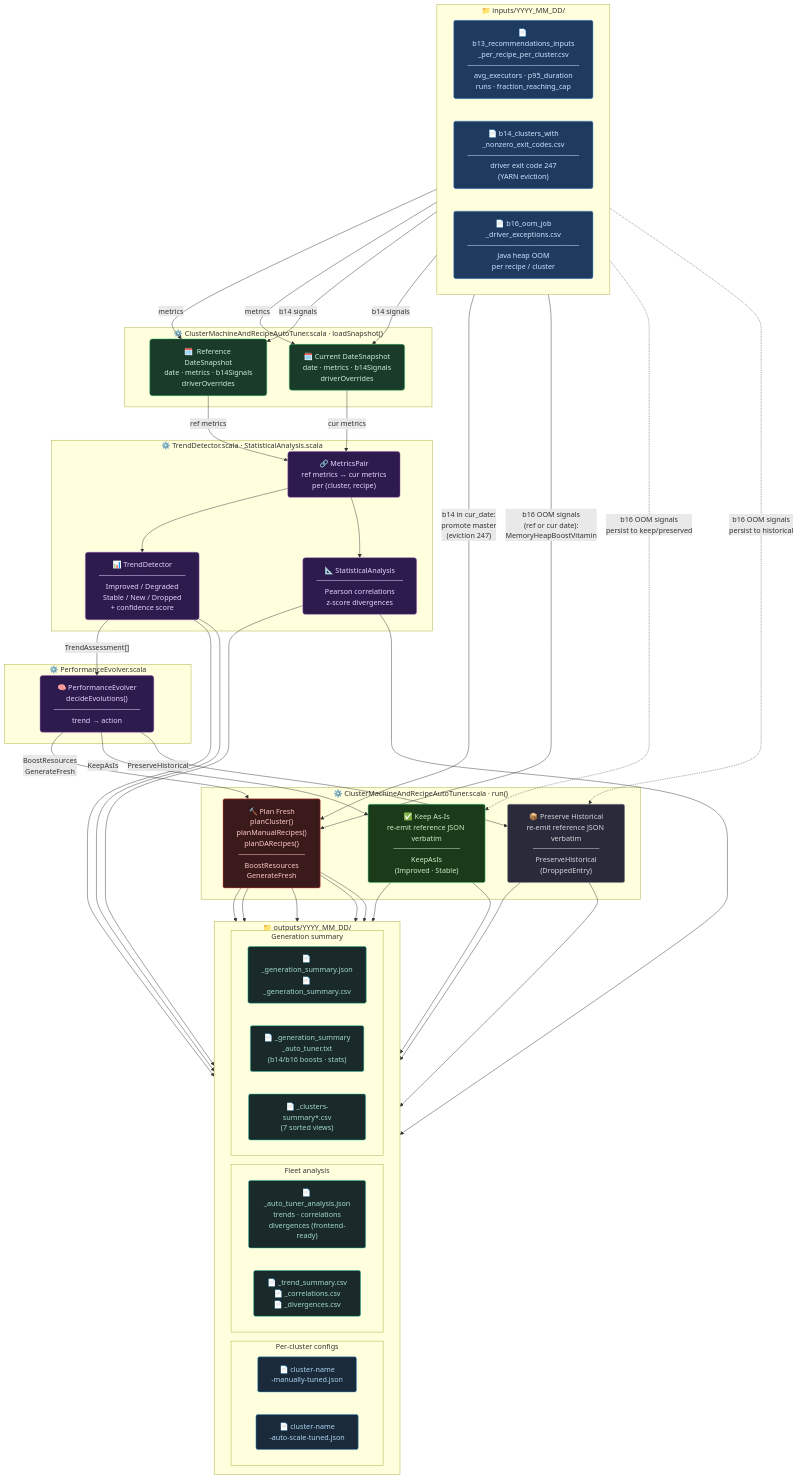
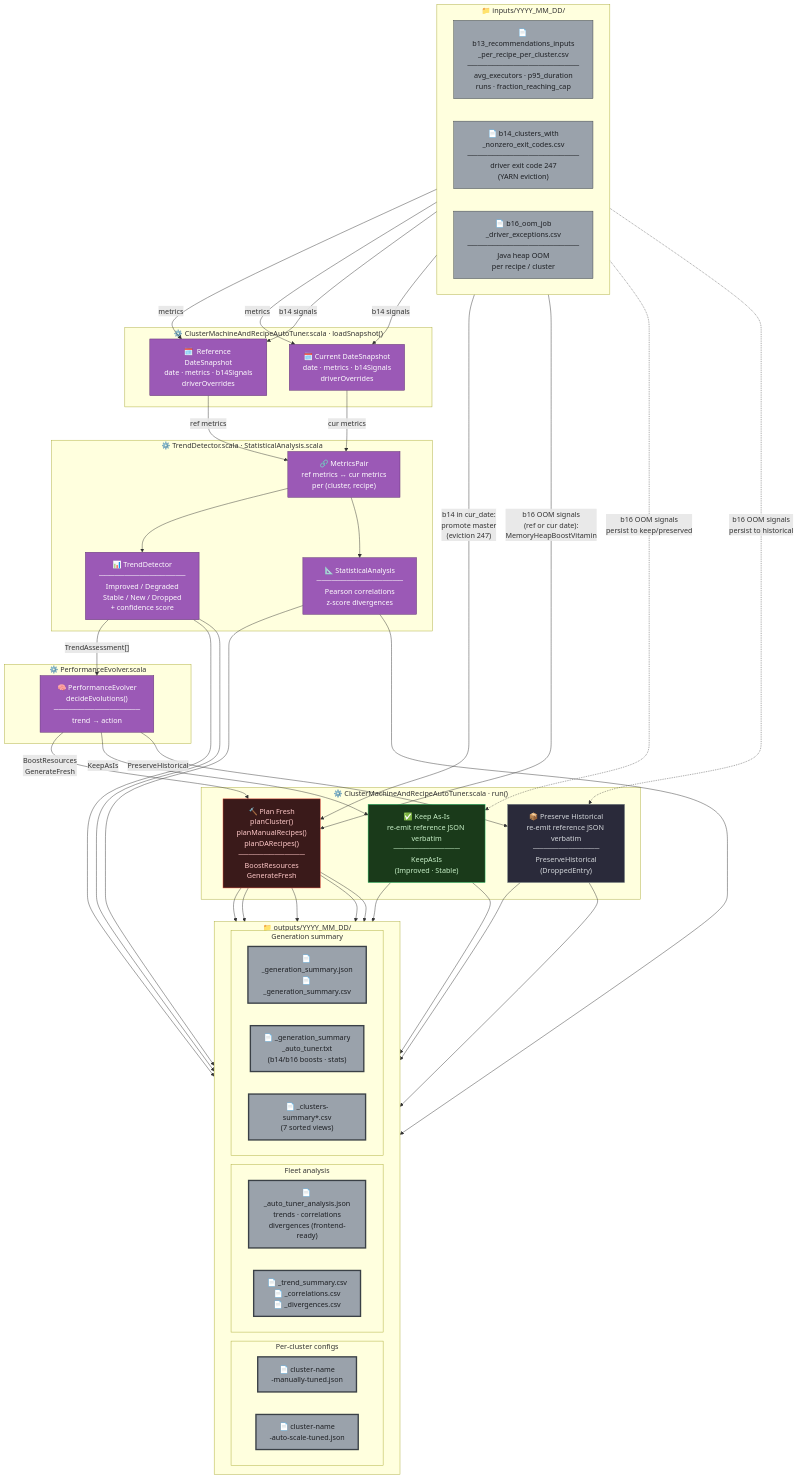
Before and after one commit to albertols/spark-cluster-job-tuner: the diagram in src/main/scala/com/db/serna/orchestration/cluster_tuning/auto/_AUTO_TUNING.md, drawn with Mermaid. The commit also changed 29 other files, not shown here.

````diff
--- a/src/main/scala/com/db/serna/orchestration/cluster_tuning/auto/_AUTO_TUNING.md
+++ b/src/main/scala/com/db/serna/orchestration/cluster_tuning/auto/_AUTO_TUNING.md
@@ -30,17 +30,14 @@
 ```mermaid
 flowchart TD
-    %% ── Styles ────────────────────────────────────────────────────────────────
-    classDef csvFile    fill:#1e3a5f,stroke:#4a90d9,color:#cce5ff,rx:4
-    classDef scalaObj   fill:#2d1b4e,stroke:#9b59b6,color:#e8d5ff,rx:6
-    classDef snapshot   fill:#1a3a2a,stroke:#27ae60,color:#c8f0d8,rx:6
-    classDef decision   fill:#4a2800,stroke:#e67e22,color:#ffe5b4,rx:6
-    classDef actionGood fill:#1a3a1a,stroke:#2ecc71,color:#c8f0c8,rx:4
-    classDef actionBad  fill:#3a1a1a,stroke:#e74c3c,color:#ffc8c8,rx:4
-    classDef actionNeutral fill:#2a2a3a,stroke:#7f8c8d,color:#d5d8dc,rx:4
-    classDef outJson    fill:#1a2a3a,stroke:#3498db,color:#aed6f1,rx:4
-    classDef outCsv     fill:#1a2a2a,stroke:#1abc9c,color:#a2d9ce,rx:4
-    classDef outTxt     fill:#2a2a1a,stroke:#f39c12,color:#fdebd0,rx:4
-    classDef dirBox     fill:#111,stroke:#444,color:#aaa
+    %% ── Styles (canonical palette per docs/MERMAID_STYLE.md) ─────────────────
+    classDef document   fill:#9aa2ab,stroke:#3a4046,color:#1d1f23
+    classDef process    fill:#9b59b6,stroke:#5a2d6e,color:#fff
+    classDef cloud      fill:#4ea1ff,stroke:#1a4f8a,color:#fff
+    classDef container  fill:#fef08a,stroke:#7a5e00,color:#1d1f23
+    classDef outcomeGood    fill:#1a3a1a,stroke:#2ecc71,color:#c8f0c8
+    classDef outcomeBad     fill:#3a1a1a,stroke:#e74c3c,color:#ffc8c8
+    classDef outcomeNeutral fill:#2a2a3a,stroke:#7f8c8d,color:#d5d8dc
+    classDef outputBoundary stroke-width:3px
 
     %% ── INPUT LAYER ──────────────────────────────────────────────────────────
     subgraph INPUTS ["📁  inputs/YYYY_MM_DD/"]
@@ -49,14 +46,14 @@
         B14["📄 b14_clusters_with\n_nonzero_exit_codes.csv\n──────────────────────\ndriver exit code 247\n(YARN eviction)"]
         B16["📄 b16_oom_job\n_driver_exceptions.csv\n──────────────────────\nJava heap OOM\nper recipe / cluster"]
     end
-    class B13,B14,B16 csvFile
+    class B13,B14,B16 document
 
     %% ── SNAPSHOT LOADING ─────────────────────────────────────────────────────
     subgraph SNAPSHOTS ["⚙️  ClusterMachineAndRecipeAutoTuner.scala · loadSnapshot()"]
         REF["🗓️  Reference DateSnapshot\ndate · metrics · b14Signals\ndriverOverrides"]
         CUR["🗓️  Current DateSnapshot\ndate · metrics · b14Signals\ndriverOverrides"]
     end
-    class REF,CUR snapshot
+    class REF,CUR process
 
     B13 -->|"metrics"| REF
     B13 -->|"metrics"| CUR
@@ -69,7 +66,7 @@
         TREND["📊 TrendDetector\n─────────────────\nImproved / Degraded\nStable / New / Dropped\n+ confidence score"]
         STATS["📐 StatisticalAnalysis\n─────────────────\nPearson correlations\nz-score divergences"]
     end
-    class PAIR,TREND,STATS scalaObj
+    class PAIR,TREND,STATS process
 
     REF -->|"ref metrics"| PAIR
     CUR -->|"cur metrics"| PAIR
@@ -80,7 +77,7 @@
     subgraph EVOLUTION ["⚙️  PerformanceEvolver.scala"]
         EVOLVER["🧠 PerformanceEvolver\ndecideEvolutions()\n─────────────────\ntrend → action"]
     end
-    class EVOLVER scalaObj
+    class EVOLVER process
 
     TREND -->|"TrendAssessment[]"| EVOLVER
 
@@ -90,9 +87,9 @@
         KEEP["✅ Keep As-Is\nre-emit reference JSON verbatim\n─────────────\nKeepAsIs\n(Improved · Stable)"]
         HIST["📦 Preserve Historical\nre-emit reference JSON verbatim\n─────────────\nPreserveHistorical\n(DroppedEntry)"]
     end
-    class PLAN actionBad
-    class KEEP actionGood
-    class HIST actionNeutral
+    class PLAN outcomeBad
+    class KEEP outcomeGood
+    class HIST outcomeNeutral
 
     EVOLVER -->|"BoostResources\nGenerateFresh"| PLAN
     EVOLVER -->|"KeepAsIs"| KEEP
@@ -121,8 +118,8 @@
             SCSV["📄 _clusters-summary*.csv\n(7 sorted views)"]
         end
     end
-    class JMAN,JDA outJson
-    class AJSON,ACSV,GSUM,GTXT,SCSV outCsv
+    class JMAN,JDA document
+    class AJSON,ACSV,GSUM,GTXT,SCSV document
 
     PLAN  --> JMAN & JDA
     KEEP  --> JMAN & JDA
@@ -132,4 +129,5 @@
     STATS --> ACSV
     TREND --> ACSV
     PLAN  --> GSUM & GTXT & SCSV
+    class JMAN,JDA,AJSON,ACSV,GSUM,GTXT,SCSV outputBoundary
 ```
````
